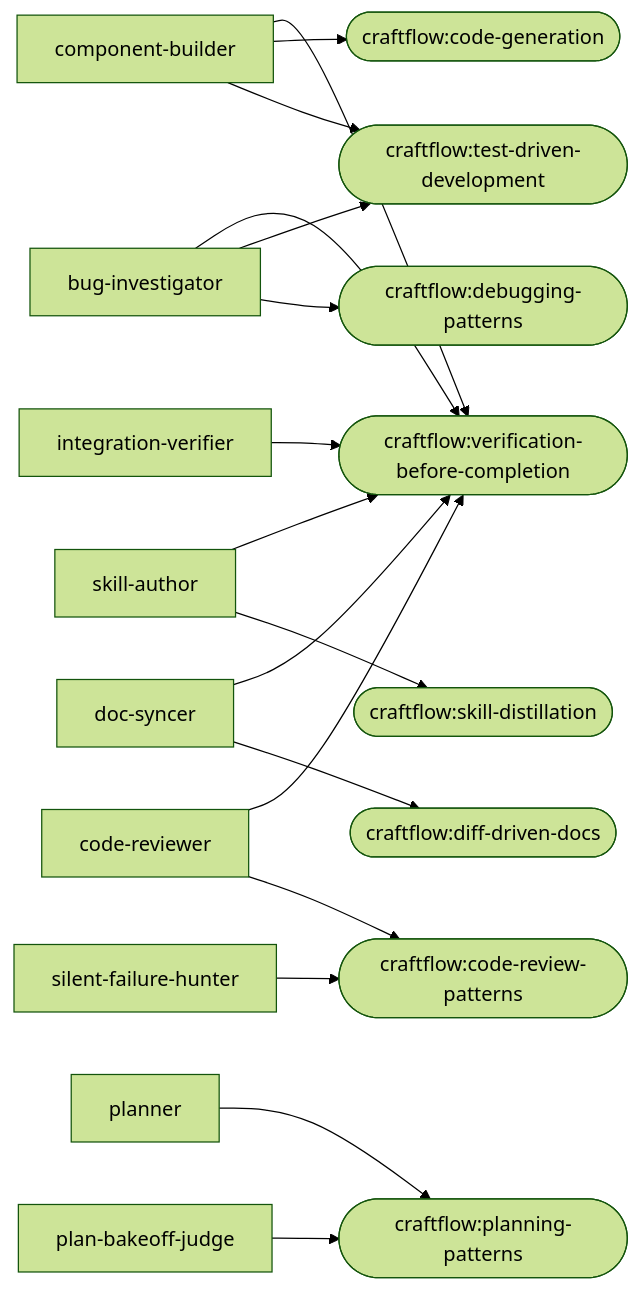
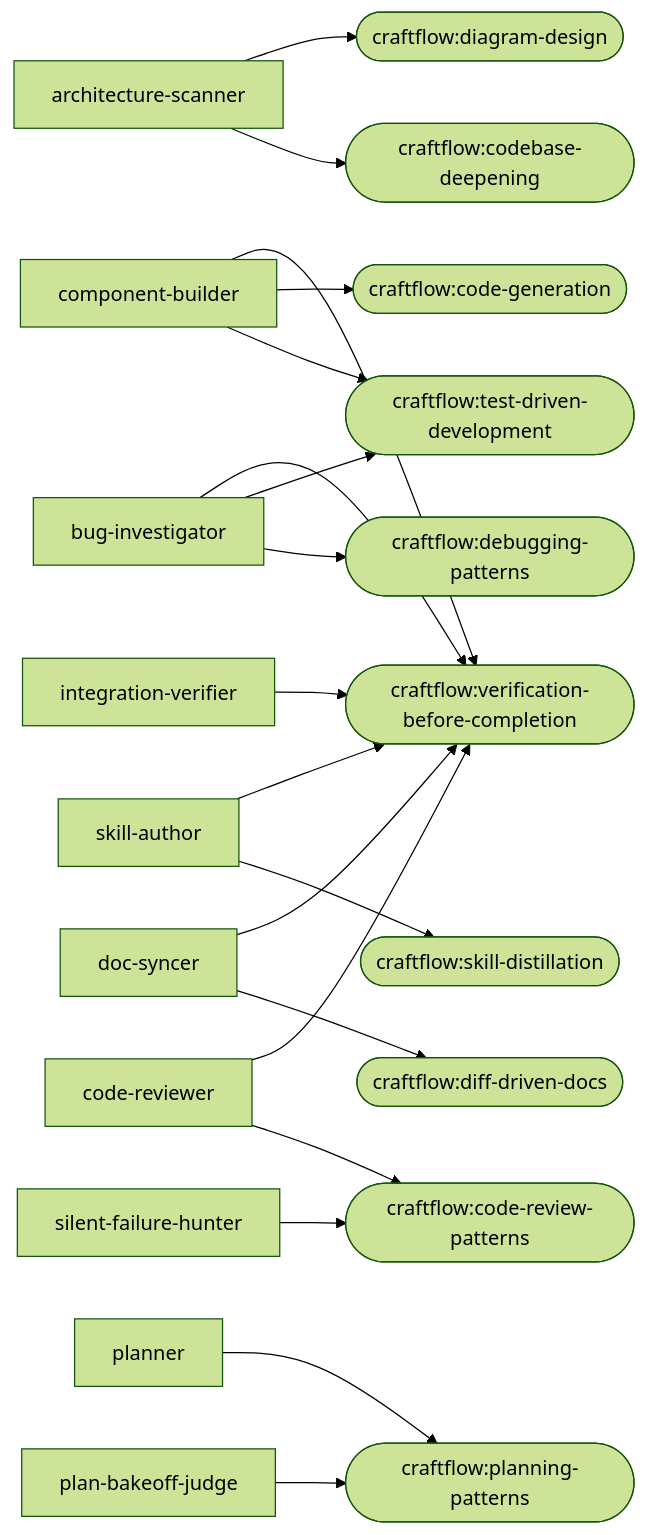
The second of 2 diagrams in plugins/craftflow/docs/generated/architecture.md (aicraft-sdk/craftflow), drawn with Mermaid (forest theme) before and after one commit. The commit also changed other lines of this file and 25 other files, not shown here.

First line of the commit message:
feat(craftflow): add the CODEBASE-HEALTH route

````diff
--- a/plugins/craftflow/docs/generated/architecture.md
+++ b/plugins/craftflow/docs/generated/architecture.md
@@ -94,36 +94,41 @@
 ```mermaid
 flowchart LR
+  agent_architecture_scanner["architecture-scanner"]
   agent_bug_investigator["bug-investigator"]
   agent_code_reviewer["code-reviewer"]
   agent_component_builder["component-builder"]
   agent_doc_syncer["doc-syncer"]
   agent_integration_verifier["integration-verifier"]
   agent_plan_bakeoff_judge["plan-bakeoff-judge"]
   agent_planner["planner"]
   agent_silent_failure_hunter["silent-failure-hunter"]
   agent_skill_author["skill-author"]
+  skill_craftflow_codebase_deepening(["craftflow:codebase-deepening"])
+  skill_craftflow_diagram_design(["craftflow:diagram-design"])
   skill_craftflow_debugging_patterns(["craftflow:debugging-patterns"])
   skill_craftflow_test_driven_development(["craftflow:test-driven-development"])
   skill_craftflow_verification_before_completion(["craftflow:verification-before-completion"])
   skill_craftflow_code_review_patterns(["craftflow:code-review-patterns"])
   skill_craftflow_code_generation(["craftflow:code-generation"])
   skill_craftflow_diff_driven_docs(["craftflow:diff-driven-docs"])
   skill_craftflow_planning_patterns(["craftflow:planning-patterns"])
   skill_craftflow_skill_distillation(["craftflow:skill-distillation"])
+  agent_architecture_scanner --> skill_craftflow_codebase_deepening
+  agent_architecture_scanner --> skill_craftflow_diagram_design
   agent_bug_investigator --> skill_craftflow_debugging_patterns
   agent_bug_investigator --> skill_craftflow_test_driven_development
   agent_bug_investigator --> skill_craftflow_verification_before_completion
   agent_code_reviewer --> skill_craftflow_code_review_patterns
   agent_code_reviewer --> skill_craftflow_verification_before_completion
   agent_component_builder --> skill_craftflow_test_driven_development
   agent_component_builder --> skill_craftflow_code_generation
   agent_component_builder --> skill_craftflow_verification_before_completion
   agent_doc_syncer --> skill_craftflow_diff_driven_docs
   agent_doc_syncer --> skill_craftflow_verification_before_completion
   agent_integration_verifier --> skill_craftflow_verification_before_completion
   agent_plan_bakeoff_judge --> skill_craftflow_planning_patterns
   agent_planner --> skill_craftflow_planning_patterns
   agent_silent_failure_hunter --> skill_craftflow_code_review_patterns
   agent_skill_author --> skill_craftflow_skill_distillation
   agent_skill_author --> skill_craftflow_verification_before_completion
 ```
````
